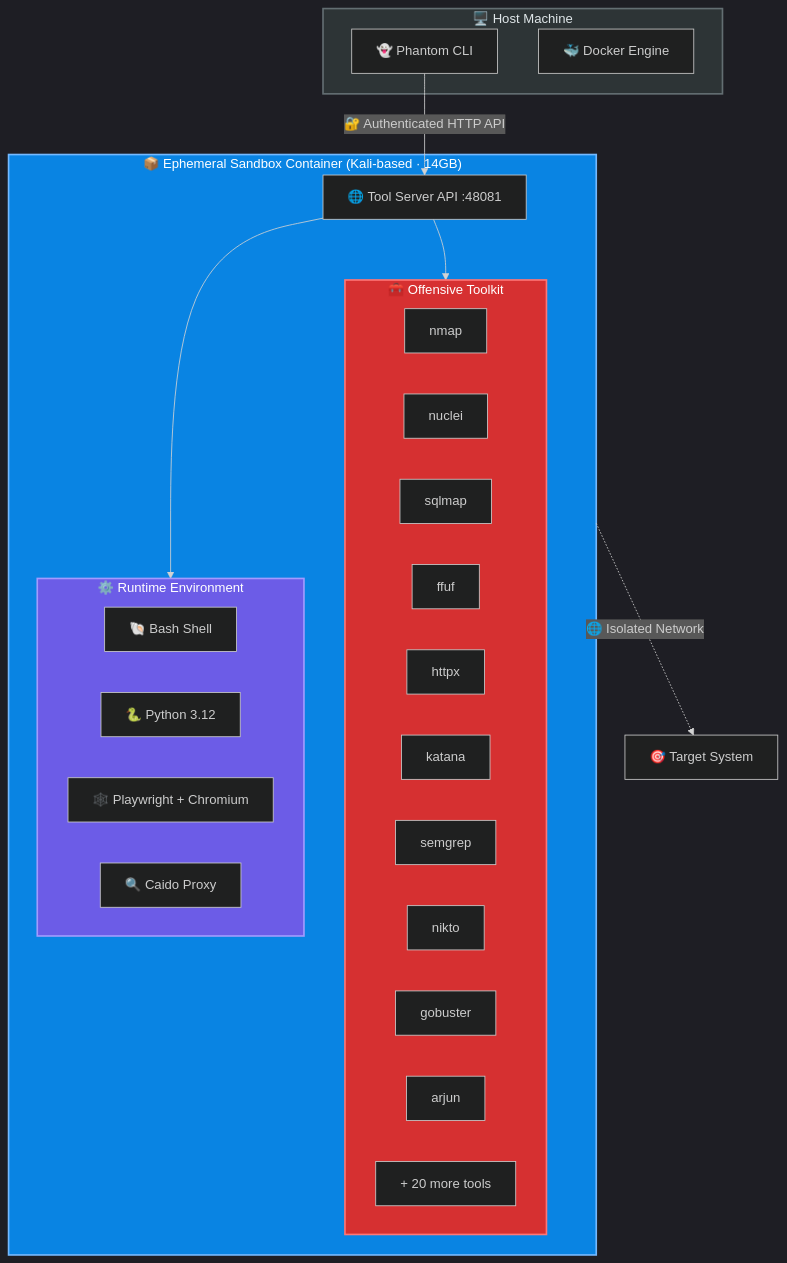
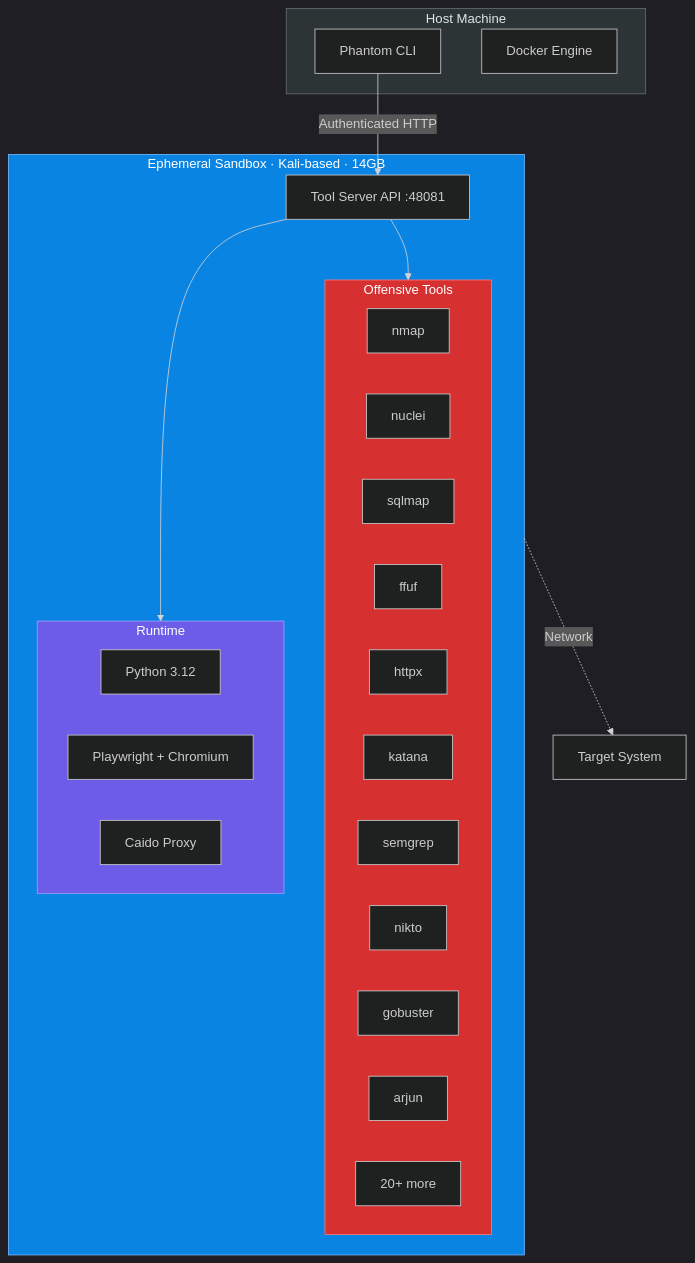
The fourth of 4 diagrams in README.md (Usta0x001/Phantom), drawn with Mermaid before and after one commit. The commit also changed other lines of this file, not shown here.

````diff
--- a/README.md
+++ b/README.md
@@ -280,43 +216,34 @@
 ```mermaid
-%%{init: {'theme': 'dark', 'themeVariables': {'primaryColor': '#0984e3', 'primaryTextColor': '#fff'}}}%%
+%%{init: {'theme': 'dark'}}%%
 graph TB
-    subgraph Host["🖥️ Host Machine"]
-        CLI["👻 Phantom CLI"]
-        DockerEngine["🐳 Docker Engine"]
+    subgraph Host["Host Machine"]
+        CLI["Phantom CLI"]
+        Docker["Docker Engine"]
     end
 
-    subgraph Container["📦 Ephemeral Sandbox Container (Kali-based · 14GB)"]
-        ToolServer["🌐 Tool Server API :48081"]
+    subgraph Container["Ephemeral Sandbox · Kali-based · 14GB"]
+        ToolServer["Tool Server API :48081"]
 
-        subgraph OffensiveTools["🧰 Offensive Toolkit"]
-            nmap["nmap"]
-            nuclei["nuclei"]
-            sqlmap["sqlmap"]
-            ffuf["ffuf"]
-            httpx["httpx"]
-            katana["katana"]
-            semgrep["semgrep"]
-            nikto["nikto"]
-            gobuster["gobuster"]
-            arjun["arjun"]
-            more["+ 20 more tools"]
+        subgraph Toolkit["Offensive Tools"]
+            nmap & nuclei & sqlmap & ffuf
+            httpx & katana & semgrep & nikto
+            gobuster & arjun & more["20+ more"]
         end
 
-        subgraph Runtime["⚙️ Runtime Environment"]
-            Shell["🐚 Bash Shell"]
-            Python["🐍 Python 3.12"]
-            PW["🕸️ Playwright + Chromium"]
-            Caido["🔍 Caido Proxy"]
+        subgraph Runtime["Runtime"]
+            Python["Python 3.12"]
+            PW["Playwright + Chromium"]
+            Caido["Caido Proxy"]
         end
     end
 
-    CLI --> |"🔐 Authenticated HTTP API"| ToolServer
-    ToolServer --> OffensiveTools
+    CLI -->|"Authenticated HTTP"| ToolServer
+    ToolServer --> Toolkit
     ToolServer --> Runtime
-    Container -.-> |"🌐 Isolated Network"| Target["🎯 Target System"]
+    Container -.->|"Network"| Target["Target System"]
 
-    style Host fill:#2d3436,stroke:#636e72,color:#dfe6e9,stroke-width:2px
-    style Container fill:#0984e3,stroke:#74b9ff,color:#fff,stroke-width:2px
-    style OffensiveTools fill:#d63031,stroke:#ff7675,color:#fff,stroke-width:2px
-    style Runtime fill:#6c5ce7,stroke:#a29bfe,color:#fff,stroke-width:2px
+    style Host fill:#2d3436,stroke:#636e72,color:#dfe6e9
+    style Container fill:#0984e3,stroke:#74b9ff,color:#fff
+    style Toolkit fill:#d63031,stroke:#ff7675,color:#fff
+    style Runtime fill:#6c5ce7,stroke:#a29bfe,color:#fff
 ```
````
